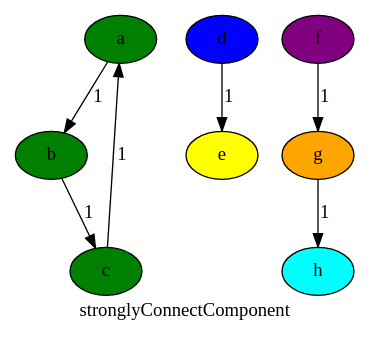
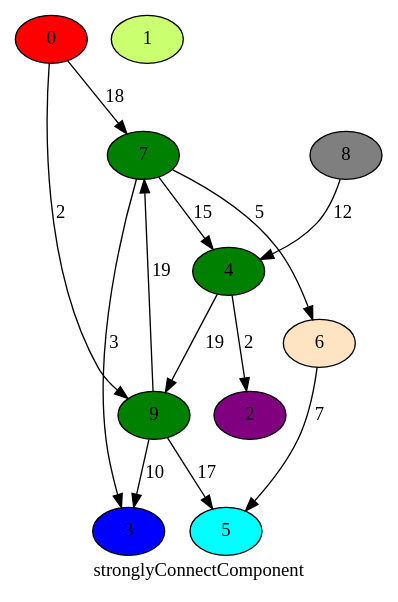
The diagram in files/stronglycomponent.dot (quanganhquanganh/Discrete-Maths-Graph-Library), drawn with Graphviz before and after one commit. The commit also changed 23 other files, not shown here.

```diff
--- a/files/stronglycomponent.dot
+++ b/files/stronglycomponent.dot
@@ -1,16 +1,24 @@
 digraph {
-	a [fillcolor = green, style = filled];
-	b [fillcolor = green, style = filled];
-	c [fillcolor = green, style = filled];
-	d [fillcolor = blue, style = filled];
-	e [fillcolor = yellow, style = filled];
-	f [fillcolor = purple, style = filled];
-	g [fillcolor = orange, style = filled];
-	h [fillcolor = aqua, style = filled];
-a -> b[label = 1];
-b -> c[label = 1];
-c -> a[label = 1];
-d -> e[label = 1];
-f -> g[label = 1];
-g -> h[label = 1];
+	0 [fillcolor = red, style = filled];
+	1 [fillcolor = darkolivegreen1, style = filled];
+	2 [fillcolor = purple, style = filled];
+	3 [fillcolor = blue, style = filled];
+	4 [fillcolor = green, style = filled];
+	5 [fillcolor = aqua, style = filled];
+	6 [fillcolor = bisque, style = filled];
+	7 [fillcolor = green, style = filled];
+	8 [fillcolor = gray50, style = filled];
+	9 [fillcolor = green, style = filled];
+0 -> 7[label = 18];
+0 -> 9[label = 2];
+4 -> 2[label = 2];
+4 -> 9[label = 19];
+6 -> 5[label = 7];
+7 -> 3[label = 3];
+7 -> 4[label = 15];
+7 -> 6[label = 5];
+8 -> 4[label = 12];
+9 -> 3[label = 10];
+9 -> 5[label = 17];
+9 -> 7[label = 19];
 label=stronglyConnectComponent}
```
